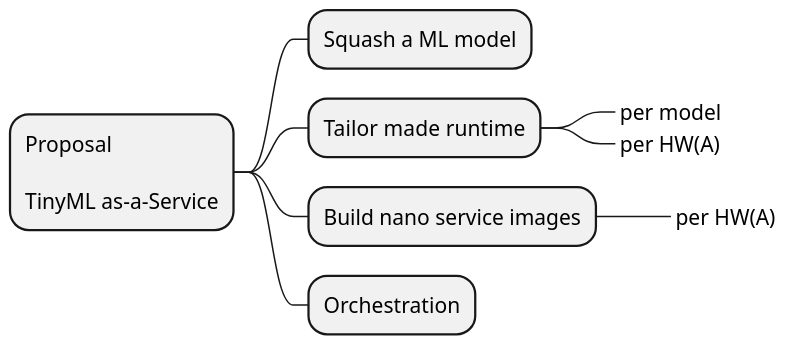
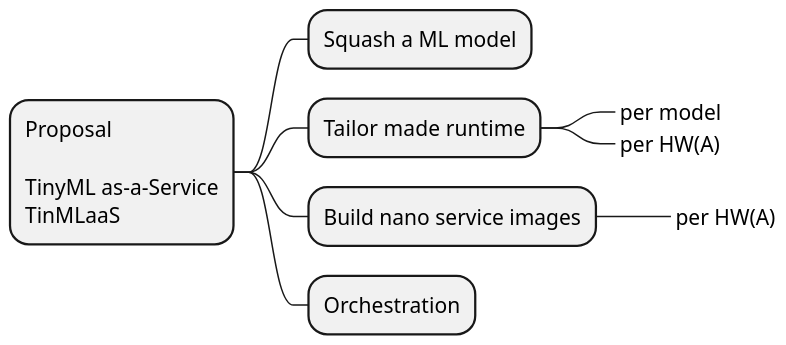
Before and after one commit to doyu/elc2019: the diagram in summary-proposal.puml, drawn with PlantUML. The commit also changed 2 other files, not shown here.

```diff
--- a/summary-proposal.puml
+++ b/summary-proposal.puml
@@ -1,11 +1,11 @@
 @startmindmap
 scale 1.5
-* Proposal\n\nTinyML as-a-Service
+* Proposal\n\nTinyML as-a-Service\nTinMLaaS
 ** Squash a ML model
 ** Tailor made runtime
 ***_ per model
 ***_ per HW(A)
 ** Build nano service images
 ***_ per HW(A)
 ** Orchestration
 @endmindmap
```
